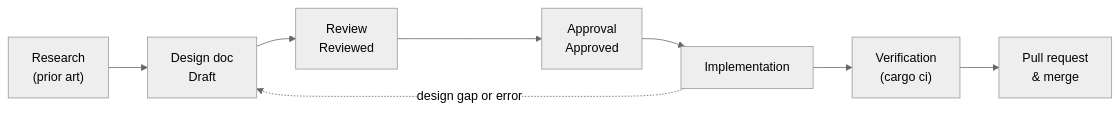
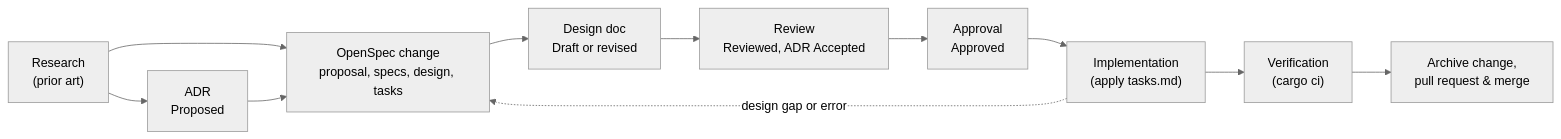
The diagram in CONTRIBUTING.md (Dyse-Industries/control-rs), drawn with Mermaid (neutral theme) before and after one commit. The commit also changed other lines of this file and 8 other files, not shown here.

First line of the commit message:
Adopt ADRs and OpenSpec for design decisions

````diff
--- a/CONTRIBUTING.md
+++ b/CONTRIBUTING.md
@@ -17,10 +20,13 @@
 ```mermaid
 flowchart LR
-    R["Research<br/>(prior art)"] --> D["Design doc<br/>Draft"]
-    D --> V["Review<br/>Reviewed"]
+    R["Research<br/>(prior art)"] --> X["ADR<br/>Proposed"]
+    R --> P["OpenSpec change<br/>proposal, specs, design, tasks"]
+    X --> P
+    P --> D["Design doc<br/>Draft or revised"]
+    D --> V["Review<br/>Reviewed, ADR Accepted"]
     V --> A["Approval<br/>Approved"]
-    A --> I["Implementation"]
+    A --> I["Implementation<br/>(apply tasks.md)"]
     I --> Q["Verification<br/>(cargo ci)"]
-    Q --> M["Pull request<br/>& merge"]
-    I -. "design gap or error" .-> D
+    Q --> M["Archive change,<br/>pull request & merge"]
+    I -. "design gap or error" .-> P
 ```
````
